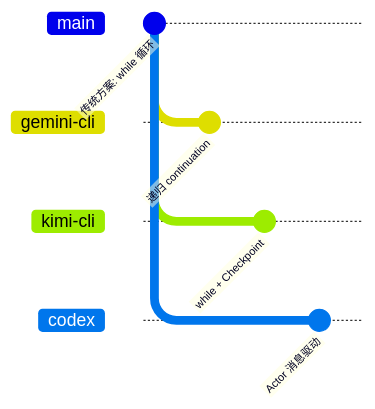
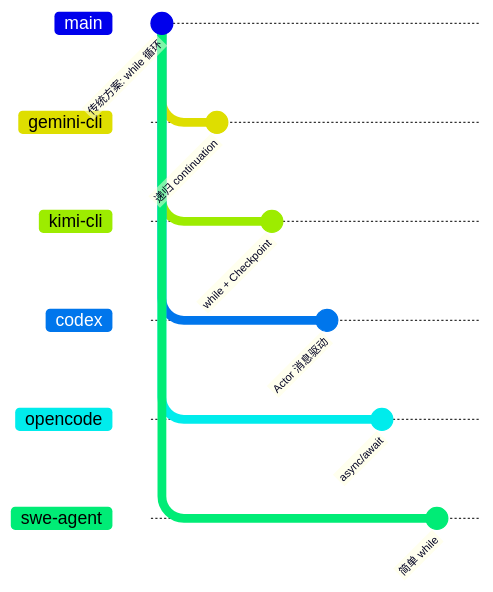
The tenth of 10 diagrams in docs/gemini-cli/04-gemini-cli-agent-loop.md (giraffe-tree/agent-base), drawn with Mermaid before and after one commit. The commit also changed other lines of this file and 155 other files, not shown here.

````diff
--- a/docs/gemini-cli/04-gemini-cli-agent-loop.md
+++ b/docs/gemini-cli/04-gemini-cli-agent-loop.md
@@ -1072,15 +813,23 @@
 ```mermaid
 gitGraph
     commit id: "传统方案: while 循环"
     branch "gemini-cli"
     checkout "gemini-cli"
     commit id: "递归 continuation"
     checkout main
     branch "kimi-cli"
     checkout "kimi-cli"
     commit id: "while + Checkpoint"
     checkout main
     branch "codex"
     checkout "codex"
     commit id: "Actor 消息驱动"
+    checkout main
+    branch "opencode"
+    checkout "opencode"
+    commit id: "async/await"
+    checkout main
+    branch "swe-agent"
+    checkout "swe-agent"
+    commit id: "简单 while"
 ```
````
